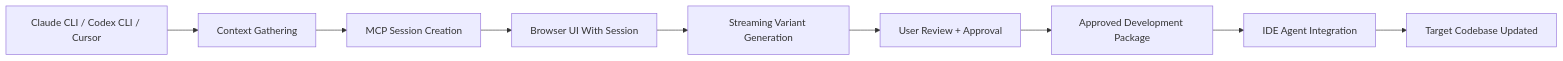
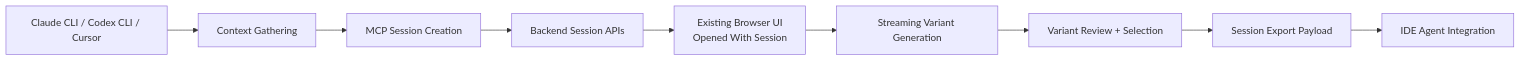
The second of 4 diagrams in README.md (sethswango/vuhl-ui-forge), drawn with Mermaid before and after one commit. The commit also changed other lines of this file, not shown here.

Commit message:
fix: enhance README with architecture diagrams and streaming explanation

````diff
--- a/README.md
+++ b/README.md
@@ -172,11 +112,11 @@
 ```mermaid
 flowchart LR
     A[Claude CLI / Codex CLI / Cursor] --> B[Context Gathering]
     B --> C[MCP Session Creation]
-    C --> D[Browser UI With Session]
-    D --> E[Streaming Variant Generation]
-    E --> F[User Review + Approval]
-    F --> G[Approved Development Package]
-    G --> H[IDE Agent Integration]
-    H --> I[Target Codebase Updated]
+    C --> D[Backend Session APIs]
+    D --> E[Existing Browser UI<br/>Opened With Session]
+    E --> F[Streaming Variant Generation]
+    F --> G[Variant Review + Selection]
+    G --> H[Session Export Payload]
+    H --> I[IDE Agent Integration]
 ```
````
